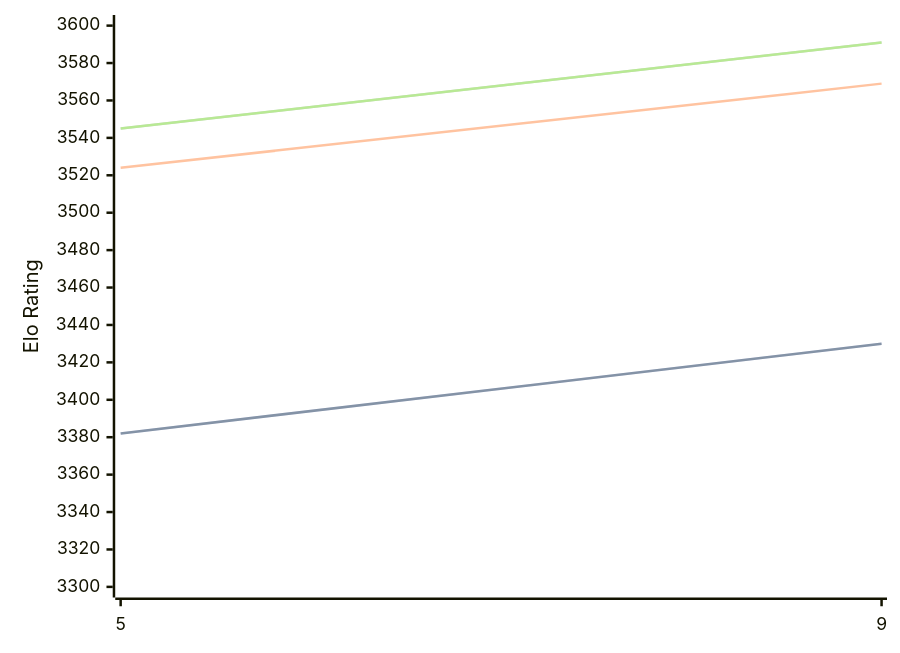
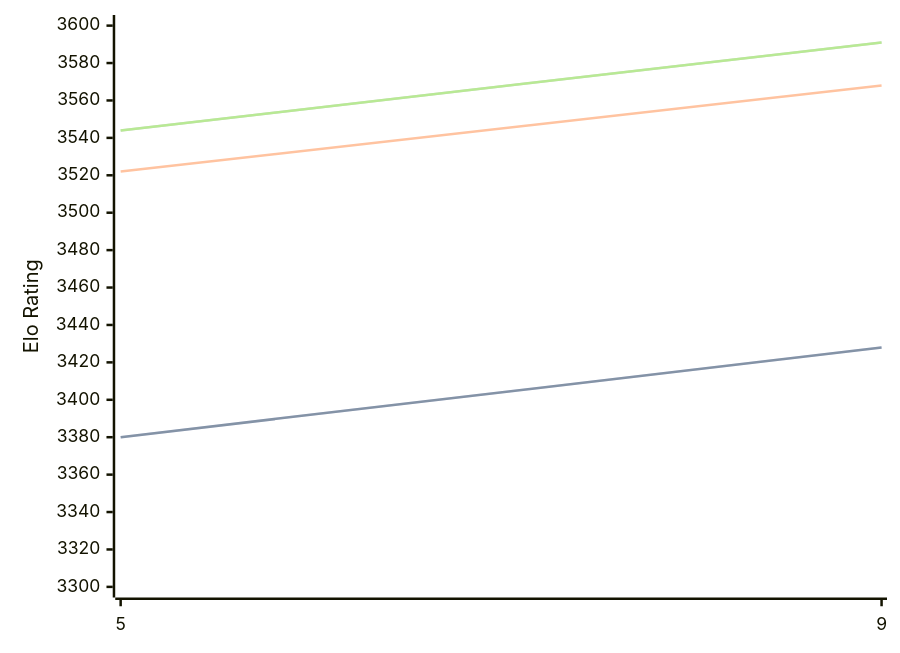
One commit to computer-chess-index/cci changed the diagram in engines/Crystal.md. Above: the diagram before and after it, drawn with Mermaid. The commit also changed other lines of this file, not shown here.

Commit message:
Update CCI Ratings (ELO VLTC) - 2026-09-01

````diff
--- a/engines/Crystal.md
+++ b/engines/Crystal.md
@@ -32,11 +32,11 @@
 ```mermaid
 %%{init: {"theme":"base","themeVariables":{"seriesColors:['#a3a3a3','#222221','#faa371']}}}%%
 xychart-beta
   x-axis ["5", "9"]
   y-axis "Elo Rating" 3300 --> 3600
-  line "" [3382, 3430]
-  line "STC (8.0+0.08s)" [3382, 3430]
-  line "LTC (60.0+0.60s)" [3524, 3569]
-  line "" [3545, 3591]
-  line "VLTC (2m24s+1.12s)" [3545, 3591]
+  line "" [3380, 3428]
+  line "STC (8.0+0.08s)" [3380, 3428]
+  line "LTC (60.0+0.60s)" [3522, 3568]
+  line "" [3544, 3591]
+  line "VLTC (2m24s+1.12s)" [3544, 3591]
 ```
````
